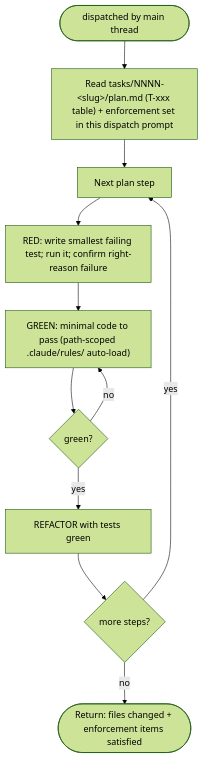
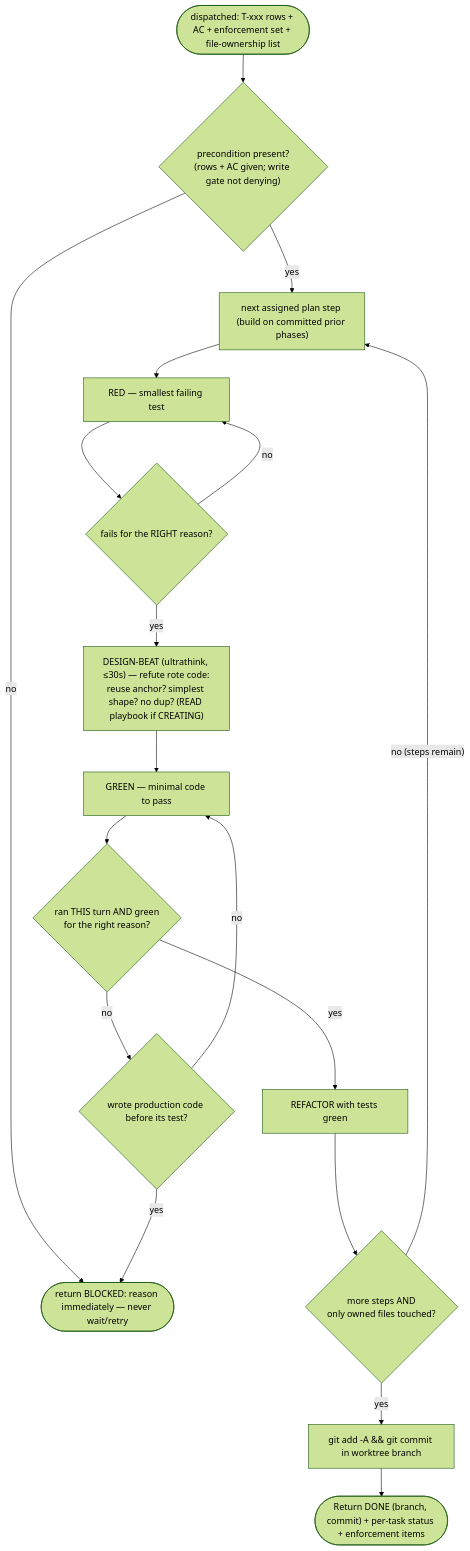
Before and after one commit to taipt1504/claudehut: the diagram in agents/claudehut-implementer.md, drawn with Mermaid (forest theme). The commit also changed other lines of this file and 22 other files, not shown here.

First line of the commit message:
feat(v0.8): skill+agent prompts — gates wired, ultra-flow diagrams, concision

````diff
--- a/agents/claudehut-implementer.md
+++ b/agents/claudehut-implementer.md
@@ -33,13 +33,20 @@
 ```mermaid
 flowchart TB
-    a([dispatched by main thread]) --> plan["Read tasks/NNNN-&lt;slug&gt;/plan.md (T-xxx table) + enforcement set in this dispatch prompt"]
-    plan --> step["Next plan step"]
-    step --> red["RED: write smallest failing test; run it; confirm right-reason failure"]
-    red --> green["GREEN: minimal code to pass (path-scoped .claude/rules/ auto-load)"]
-    green --> g{"green?"}
-    g -- no --> green
-    g -- yes --> refac["REFACTOR with tests green"]
-    refac --> more{"more steps?"}
-    more -- yes --> step
-    more -- no --> out([Return: files changed + enforcement items satisfied])
+    a(["dispatched: T-xxx rows + AC + enforcement set + file-ownership list"]) --> pre{"precondition present?<br/>(rows + AC given; write gate not denying)"}
+    pre -- "no" --> blk(["return BLOCKED: reason immediately — never wait/retry"])
+    pre -- "yes" --> step["next assigned plan step (build on committed prior phases)"]
+    step --> red["RED — smallest failing test"]
+    red --> rr{"fails for the RIGHT reason?"}
+    rr -- "no" --> red
+    rr -- "yes" --> beat["DESIGN-BEAT (ultrathink, ≤30s) — refute rote code:<br/>reuse anchor? simplest shape? no dup? (READ playbook if CREATING)"]
+    beat --> green["GREEN — minimal code to pass"]
+    green --> ev{"ran THIS turn AND green<br/>for the right reason?"}
+    ev -- "no" --> iron{"wrote production code before its test?"}
+    iron -- "yes" --> blk
+    iron -- "no" --> green
+    ev -- "yes" --> refac["REFACTOR with tests green"]
+    refac --> more{"more steps AND<br/>only owned files touched?"}
+    more -- "no (steps remain)" --> step
+    more -- "yes" --> commit["git add -A && git commit in worktree branch"]
+    commit --> out(["Return DONE (branch, commit) + per-task status + enforcement items"])
 ```
````
